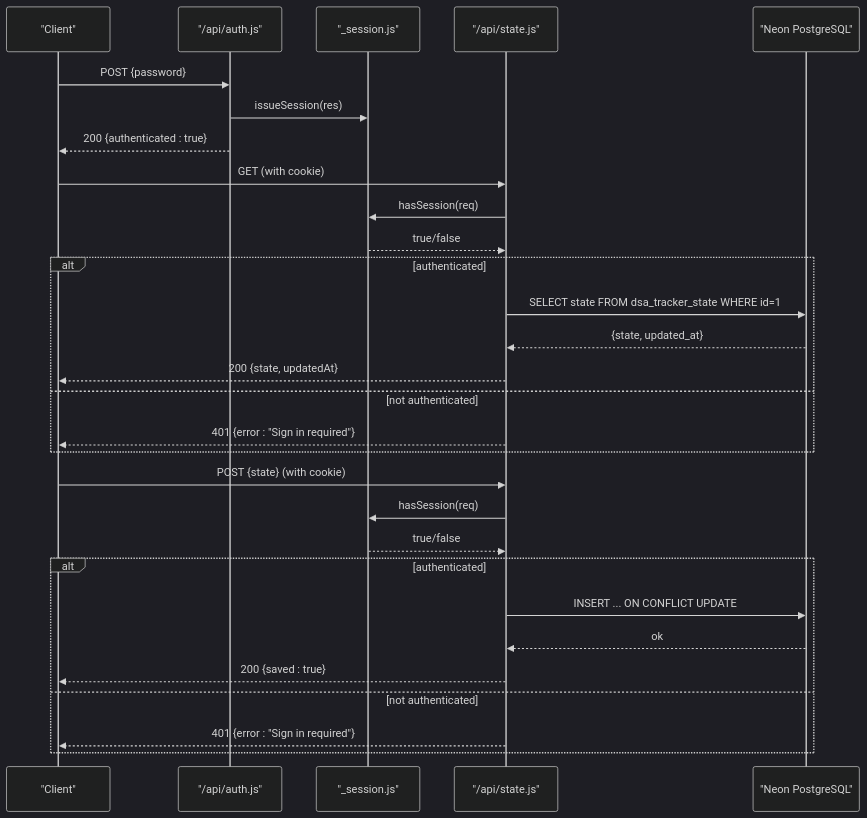
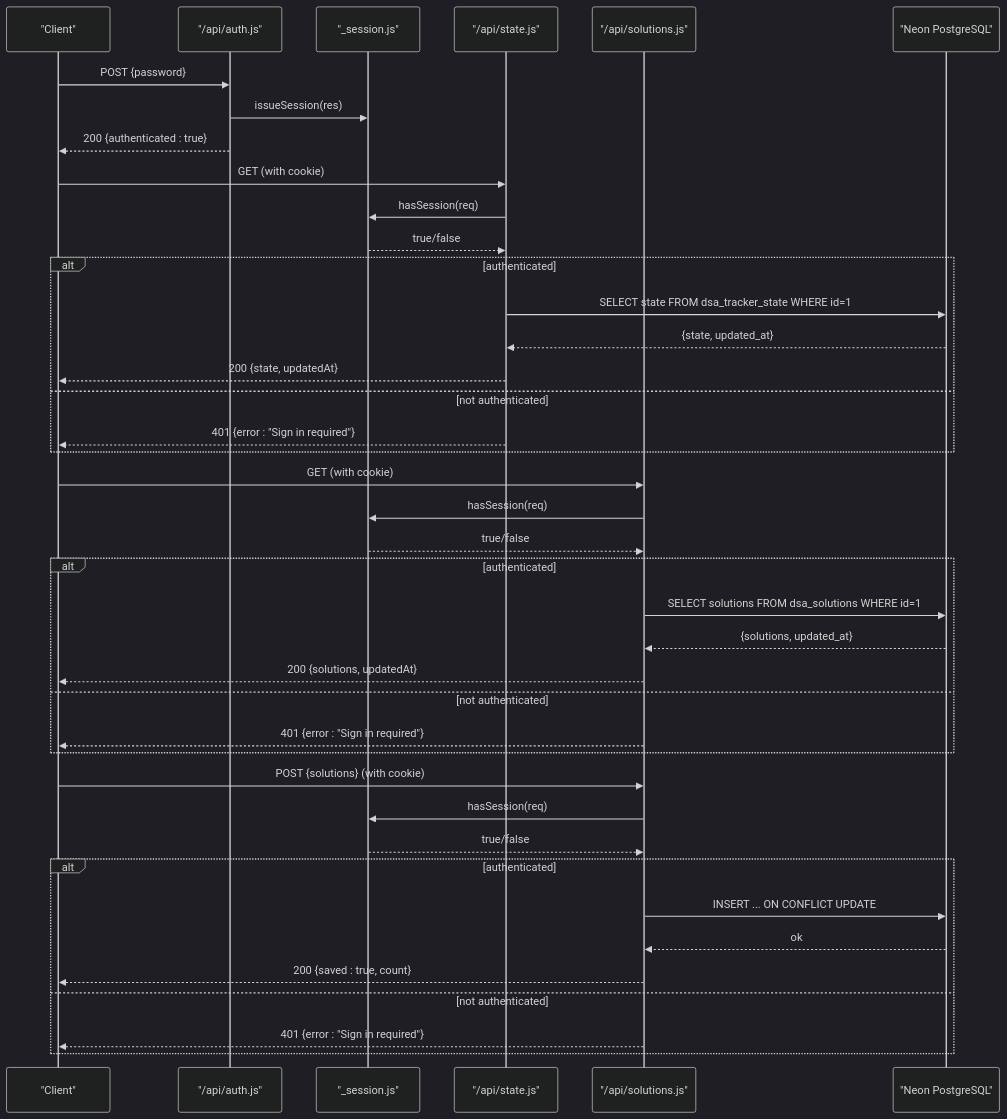
Before and after one commit to iamrituraj/DSA-Tracker: the second of 3 diagrams in .qoder/repowiki/en/content/Backend Services/Backend Services.md, drawn with Mermaid (dark theme). The commit also changed other lines of this file and 29 other files, not shown here.

````diff
--- a/.qoder/repowiki/en/content/Backend Services/Backend Services.md
+++ b/.qoder/repowiki/en/content/Backend Services/Backend Services.md
@@ -72,31 +89,42 @@
 ```mermaid
 sequenceDiagram
 participant C as "Client"
 participant A as "/api/auth.js"
 participant S as "_session.js"
 participant ST as "/api/state.js"
+participant SO as "/api/solutions.js"
 participant DB as "Neon PostgreSQL"
 C->>A : POST {password}
 A->>S : issueSession(res)
 A-->>C : 200 {authenticated : true}
 C->>ST : GET (with cookie)
 ST->>S : hasSession(req)
 S-->>ST : true/false
 alt authenticated
 ST->>DB : SELECT state FROM dsa_tracker_state WHERE id=1
 DB-->>ST : {state, updated_at}
 ST-->>C : 200 {state, updatedAt}
 else not authenticated
 ST-->>C : 401 {error : "Sign in required"}
 end
-C->>ST : POST {state} (with cookie)
-ST->>S : hasSession(req)
-S-->>ST : true/false
+C->>SO : GET (with cookie)
+SO->>S : hasSession(req)
+S-->>SO : true/false
 alt authenticated
-ST->>DB : INSERT ... ON CONFLICT UPDATE
-DB-->>ST : ok
-ST-->>C : 200 {saved : true}
+SO->>DB : SELECT solutions FROM dsa_solutions WHERE id=1
+DB-->>SO : {solutions, updated_at}
+SO-->>C : 200 {solutions, updatedAt}
 else not authenticated
-ST-->>C : 401 {error : "Sign in required"}
+SO-->>C : 401 {error : "Sign in required"}
+end
+C->>SO : POST {solutions} (with cookie)
+SO->>S : hasSession(req)
+S-->>SO : true/false
+alt authenticated
+SO->>DB : INSERT ... ON CONFLICT UPDATE
+DB-->>SO : ok
+SO-->>C : 200 {saved : true, count}
+else not authenticated
+SO-->>C : 401 {error : "Sign in required"}
 end
 ```
````
